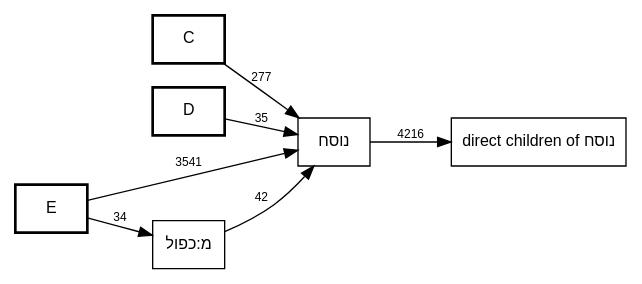
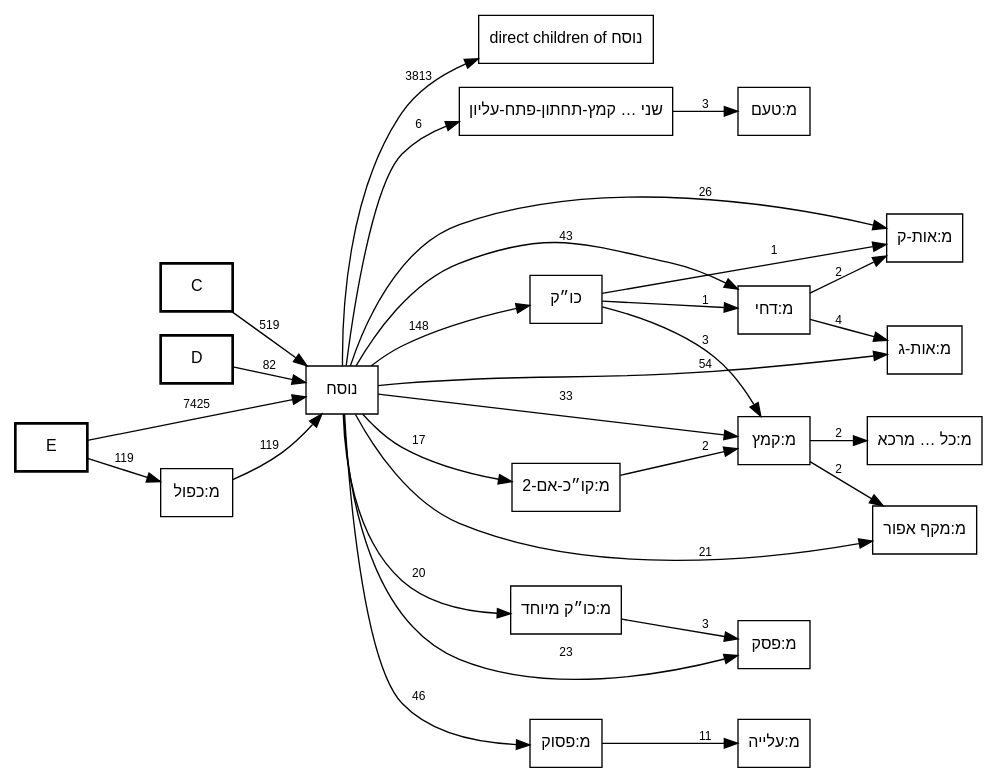
Before and after one commit to bdenckla/MAM-basics: the diagram in out/MAM-tmpl-survey/plain-nusach-call-graph.dot, drawn with Graphviz. The commit also changed 11 other files, not shown here.

First line of the commit message:
Scope focused call-graph edge counts to target-involving stacks

```diff
--- a/out/MAM-tmpl-survey/plain-nusach-call-graph.dot
+++ b/out/MAM-tmpl-survey/plain-nusach-call-graph.dot
@@ -1,63 +1,76 @@
 // This file was generated by MAM-basics/py/main_tmpl_survey.py.
 // Do not edit by hand.
 digraph template_call_graph {
     rankdir=LR;
     node [fontname="SBL Hebrew,Helvetica", fontsize=12];
     edge [fontname="Helvetica", fontsize=9];
     graph [comment="This file was generated by MAM-basics/py/main_tmpl_survey.py."];
 
     // Column nodes
     node [shape=box, style=bold];
     "C";
     "D";
     "E";
 
     // Template nodes
     node [shape=box, style=""];
     "direct children of נוסח" [tooltip="גלגל-2
-כו״ק
 כתיב ולא קרי
 מ:אות מנוקדת
-מ:אות-ג
-מ:אות-ק
 מ:אין פרשה בתחילת פרק
 מ:אין פרשה בתחילת פרק בספרי אמ״ת
 מ:גרש ותלישא גדולה
 מ:גרשיים ותלישא גדולה
-מ:דחי
 מ:טעם ומתג באות אחת
 מ:ירושלם
-מ:כו״ק מיוחד
 מ:לגרמיה-2
-מ:מקף אפור
 מ:נו״ן הפוכה
 מ:סיום בטוב
-מ:פסוק
-מ:פסק
 מ:צינור
-מ:קו״כ-אם-2
 מ:קישור בהערה
 מ:קישור פנימי בהערה
-מ:קמץ
 מודגש
 סס
 ססס
 פפ
 פפפ
 קו״כ
 קרי ולא כתיב
 ר0
 ר1
 ר3
 ר4
-ש
-שני טעמים באות אחת קמץ-תחתון-פתח-עליון"];
+ש"];
+    "מ:כל קמץ קטן מרכא" [label="מ:כל … מרכא", tooltip="מ:כל קמץ קטן מרכא"];
+    "שני טעמים באות אחת קמץ-תחתון-פתח-עליון" [label="שני … קמץ-תחתון-פתח-עליון", tooltip="שני טעמים באות אחת קמץ-תחתון-פתח-עליון"];
 
     // Edges
-    "C" -> "נוסח" [label="277"];
-    "D" -> "נוסח" [label="35"];
-    "E" -> "מ:כפול" [label="34"];
-    "E" -> "נוסח" [label="3541"];
-    "מ:כפול" -> "נוסח" [label="42"];
-    "נוסח" -> "direct children of נוסח" [label="4216"];
+    "C" -> "נוסח" [label="519"];
+    "D" -> "נוסח" [label="82"];
+    "E" -> "מ:כפול" [label="119"];
+    "E" -> "נוסח" [label="7425"];
+    "כו״ק" -> "מ:אות-ק" [label="1"];
+    "כו״ק" -> "מ:דחי" [label="1"];
+    "כו״ק" -> "מ:קמץ" [label="3"];
+    "מ:דחי" -> "מ:אות-ג" [label="4"];
+    "מ:דחי" -> "מ:אות-ק" [label="2"];
+    "מ:כו״ק מיוחד" -> "מ:פסק" [label="3"];
+    "מ:כפול" -> "נוסח" [label="119"];
+    "מ:פסוק" -> "מ:עלייה" [label="11"];
+    "מ:קו״כ-אם-2" -> "מ:קמץ" [label="2"];
+    "מ:קמץ" -> "מ:כל קמץ קטן מרכא" [label="2"];
+    "מ:קמץ" -> "מ:מקף אפור" [label="2"];
+    "נוסח" -> "direct children of נוסח" [label="3813"];
+    "נוסח" -> "כו״ק" [label="148"];
+    "נוסח" -> "מ:אות-ג" [label="54"];
+    "נוסח" -> "מ:אות-ק" [label="26"];
+    "נוסח" -> "מ:דחי" [label="43"];
+    "נוסח" -> "מ:כו״ק מיוחד" [label="20"];
+    "נוסח" -> "מ:מקף אפור" [label="21"];
+    "נוסח" -> "מ:פסוק" [label="46"];
+    "נוסח" -> "מ:פסק" [label="23"];
+    "נוסח" -> "מ:קו״כ-אם-2" [label="17"];
+    "נוסח" -> "מ:קמץ" [label="33"];
+    "נוסח" -> "שני טעמים באות אחת קמץ-תחתון-פתח-עליון" [label="6"];
+    "שני טעמים באות אחת קמץ-תחתון-פתח-עליון" -> "מ:טעם" [label="3"];
 }
```
